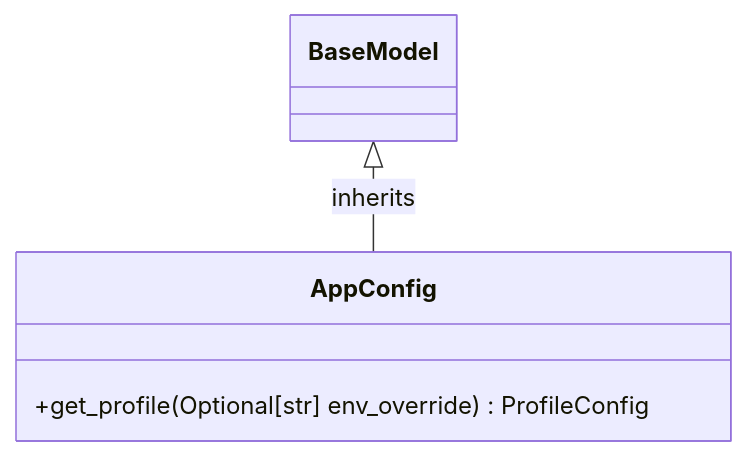
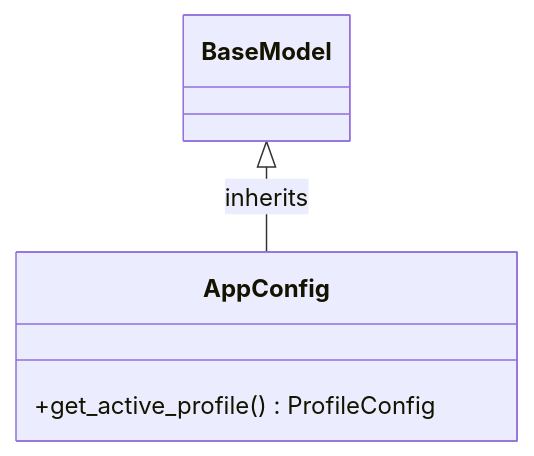
Before and after one commit to jerry-fab/Doc-Gen-Pipeline: the diagram in docs/architecture/Python/AppConfig.md, drawn with Mermaid. The commit also changed other lines of this file and 7 other files, not shown here.

Commit message:
feat: enforce config.json deployment_mode ('local' or 'production') without CLI or env dependencies

````diff
--- a/docs/architecture/Python/AppConfig.md
+++ b/docs/architecture/Python/AppConfig.md
@@ -9,7 +9,7 @@
 ```mermaid
 classDiagram
     class AppConfig {
-        +get_profile(Optional[str] env_override) ProfileConfig
+        +get_active_profile() ProfileConfig
     }
     BaseModel <|-- AppConfig : inherits
 ```
````
